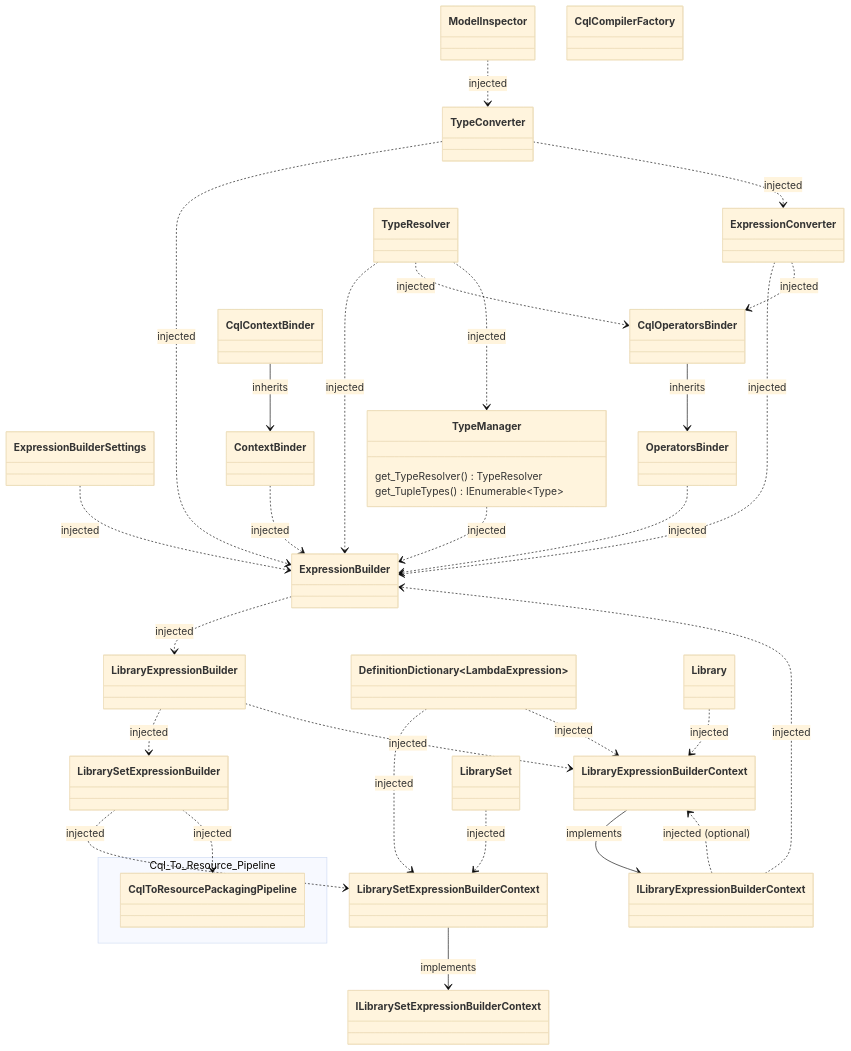
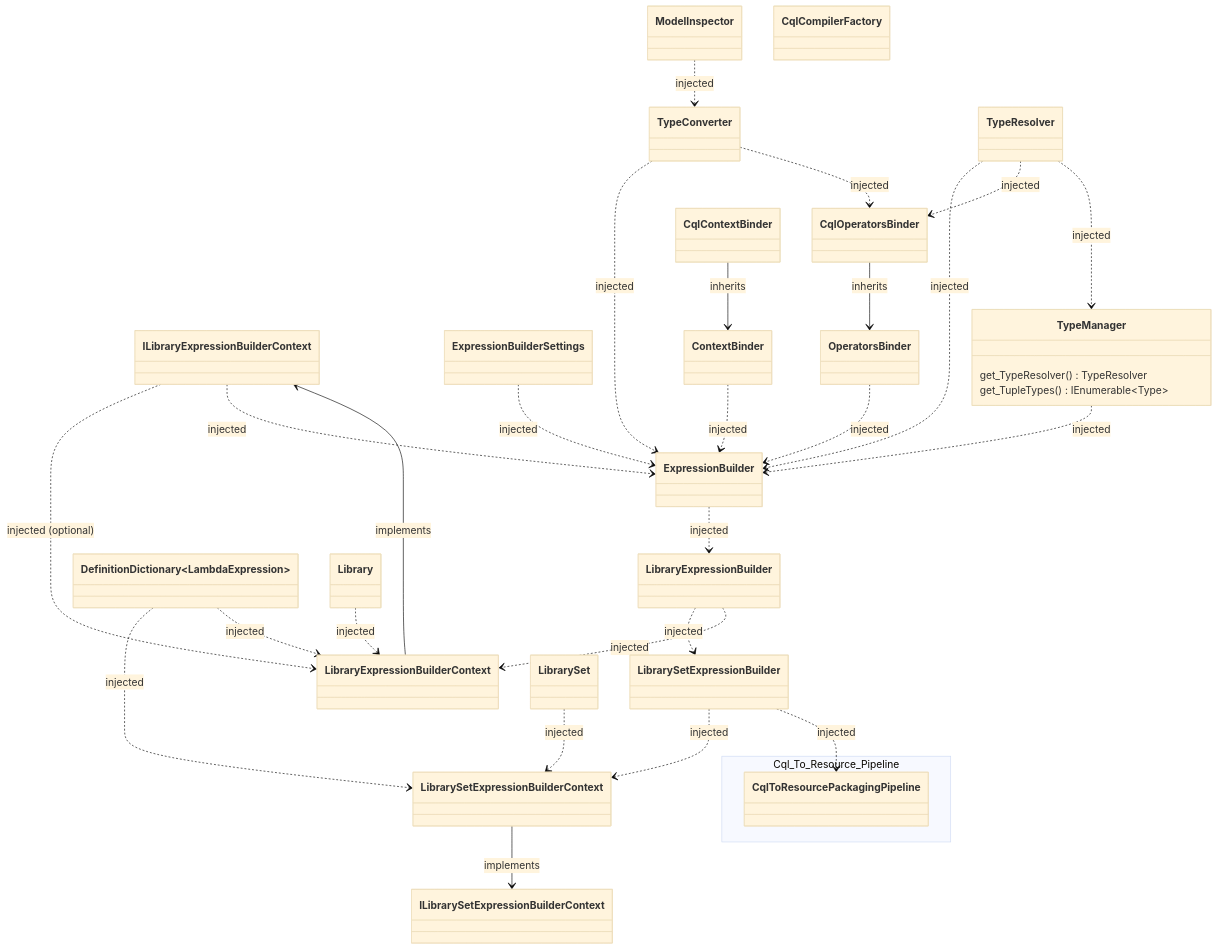
The second of 2 diagrams in docs/packager-cli-dependency-graph.md (FirelyTeam/firely-cql-sdk), drawn with Mermaid (base theme) before and after one commit. The commit also changed other lines of this file and 58 other files, not shown here.

Commit message:
Remove ExpressionConverter

````diff
--- a/docs/packager-cli-dependency-graph.md
+++ b/docs/packager-cli-dependency-graph.md
@@ -138,9 +133,6 @@
     %% HACK: Mermaid doesnt support commas withing generic, so use a similar looking character (﹐)
 
 %%    namespace Expression_Building {
-        class ExpressionConverter {
-        }
-
         class ILibrarySetExpressionBuilderContext{
         }
 
@@ -233,16 +225,13 @@
     ContextBinder ..> ExpressionBuilder : injected
     ExpressionBuilderSettings ..> ExpressionBuilder : injected
     ILibraryExpressionBuilderContext ..> ExpressionBuilder : injected
-    ExpressionConverter ..> ExpressionBuilder : injected
     
     LibrarySetExpressionBuilder ..> CqlToResourcePackagingPipeline : injected
 
     TypeResolver ..> CqlOperatorsBinder : injected
-    ExpressionConverter ..> CqlOperatorsBinder : injected
+    TypeConverter ..> CqlOperatorsBinder : injected
 
     ModelInspector ..> TypeConverter : injected  
 
     TypeResolver ..> TypeManager : injected
-
-    TypeConverter ..> ExpressionConverter : injected
 ```
````
